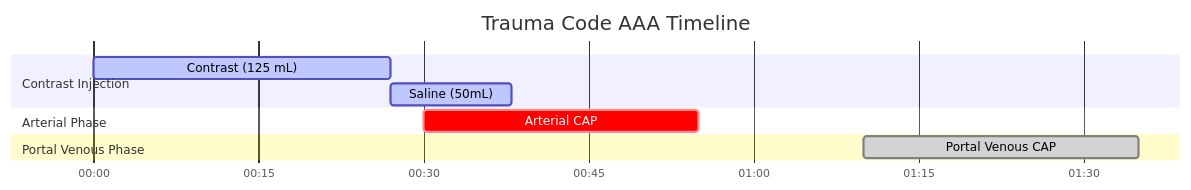
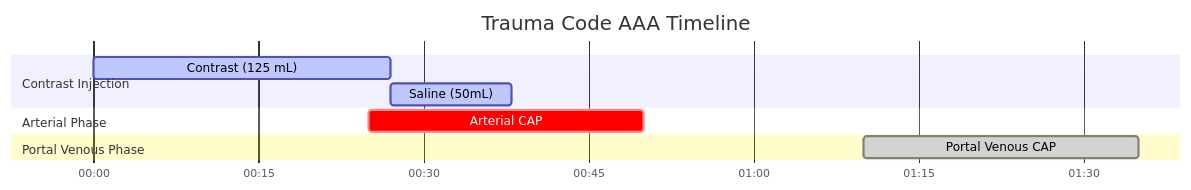
One commit to dfergs93/radiology-protocols changed the diagram in docs/ct/trauma/trauma-code-aaa.md. Above: the diagram before and after it, drawn with Mermaid. The commit also changed 79 other files, not shown here.

````diff
--- a/docs/ct/trauma/trauma-code-aaa.md
+++ b/docs/ct/trauma/trauma-code-aaa.md
@@ -84,18 +84,18 @@
   ```mermaid
   ---
   config:
     theme: default
   ---
     gantt
       title Trauma Code AAA Timeline
       dateFormat mm:ss
       axisFormat %M:%S 
       
       section Contrast Injection
       Contrast (125 mL)    :active, contrast, 00:00, 27s
       Saline (50mL)          :active, saline, after contrast, 11s
       section Arterial Phase
-      Arterial CAP    :crit, scan3, 00:30, 25s
+      Arterial CAP    :crit, scan1, 00:25, 25s
       section Portal Venous Phase
-      Portal Venous CAP    :done, scan4, 01:10, 25s
+      Portal Venous CAP    :done, scan2, 01:10, 25s
   ```
````
